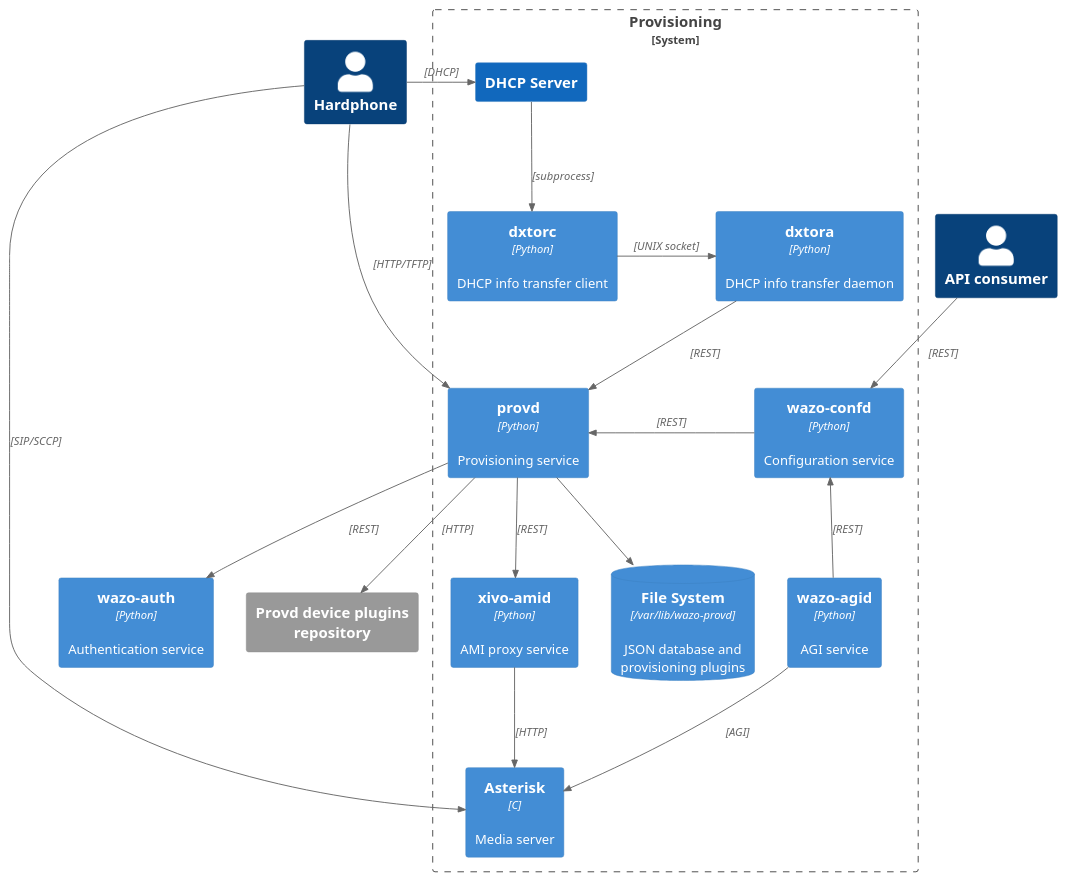
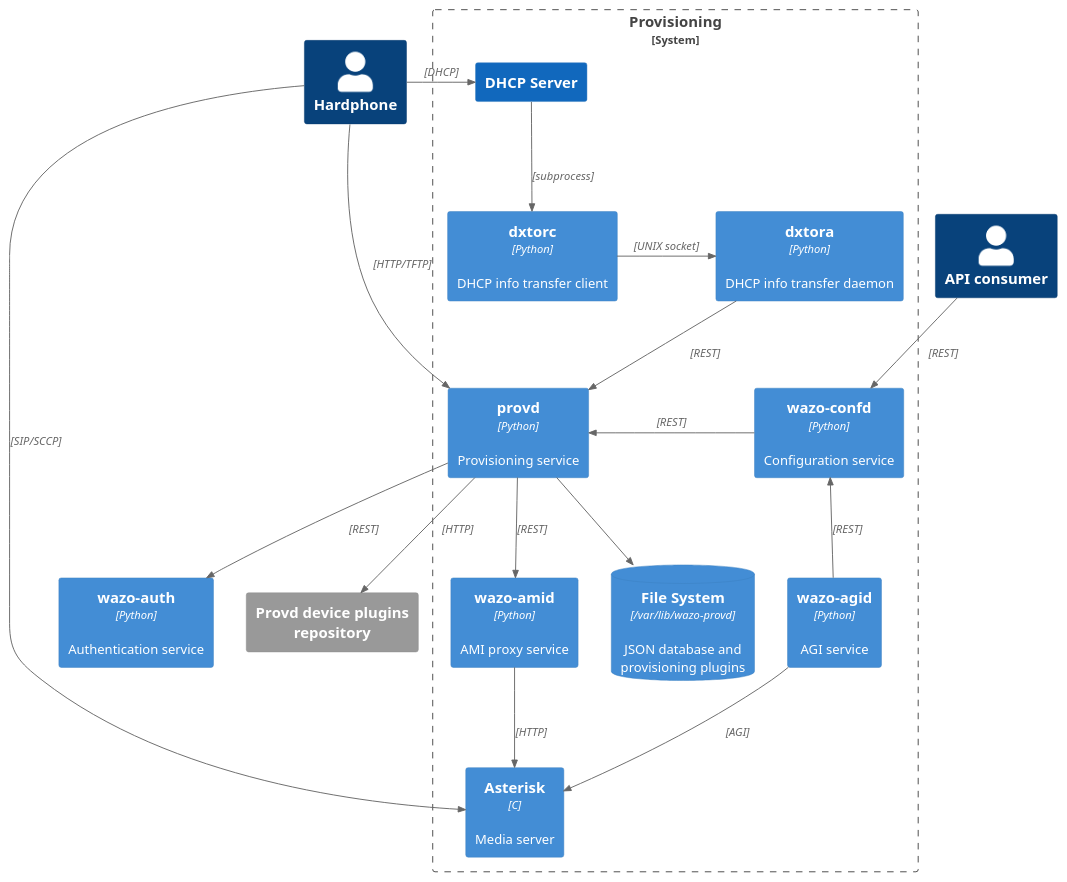
The diagram in content/provd/diagram.puml (wazo-platform/wazo-platform.org), drawn with PlantUML before and after one commit. The commit also changed 4 other files, not shown here.

Commit message:
rename xivo-amid to wazo-amid

```diff
--- a/content/provd/diagram.puml
+++ b/content/provd/diagram.puml
@@ -1,48 +1,48 @@
 @startuml
 !includeurl https://raw.githubusercontent.com/RicardoNiepel/C4-PlantUML/release/1-0/C4_Container.puml
 
 hide stereotype
 
 Person(phone, "Hardphone")
 Person(consumer, "API consumer")
 
 System_Boundary(provd_system, "Provisioning") {
     Container(provd_app, "provd", "Python", "Provisioning service")
     Container(dxtorc, "dxtorc", "Python", "DHCP info transfer client")
     Container(dxtora, "dxtora", "Python", "DHCP info transfer daemon")
     System(dhcp_server, "DHCP Server")
     Container(asterisk, "Asterisk", "C", "Media server")
     Container(confd, "wazo-confd", "Python", "Configuration service") [["../documentation/overview/configuration.html"]]
     Container(agid, "wazo-agid", "Python", "AGI service")
-    Container(amid, "xivo-amid", "Python", "AMI proxy service") [["../documentation/overview/amid.html"]]
+    Container(amid, "wazo-amid", "Python", "AMI proxy service") [["../documentation/overview/amid.html"]]
     ContainerDb(filesystem, "File System", "/var/lib/wazo-provd", "JSON database and provisioning plugins")
 }
 Container(auth, "wazo-auth", "Python", "Authentication service") [["../documentation/overview/authentication.html"]]
 System_Ext(provd_plugins, "Provd device plugins repository")
 
 ' Relationships
 Rel_R(phone, dhcp_server, " ", "DHCP")
 Rel_R(phone, provd_app, " ", "HTTP/TFTP")
 Rel_R(phone, asterisk, " ", "SIP/SCCP")
 
 Rel(agid, asterisk, " ", "AGI")
 Rel_U(agid, confd, " ", "REST")
 
 Rel_D(amid, asterisk, " ", "HTTP")
 Rel(provd_app, amid, " ", "REST")
 
 Rel(dhcp_server, dxtorc, " ", "subprocess")
 Rel_R(dxtorc, dxtora, " ", "UNIX socket")
 Rel(dxtora, provd_app, " ", "REST")
 
 Rel_L(confd, provd_app, " ", "REST")
 
 Rel(provd_app, filesystem, " ")
 Rel(provd_app, auth, " ", "REST")
 
 Rel(consumer, confd, " ", "REST")
 
 Rel(provd_app, provd_plugins, " ", "HTTP")
 
 
 @enduml
```
